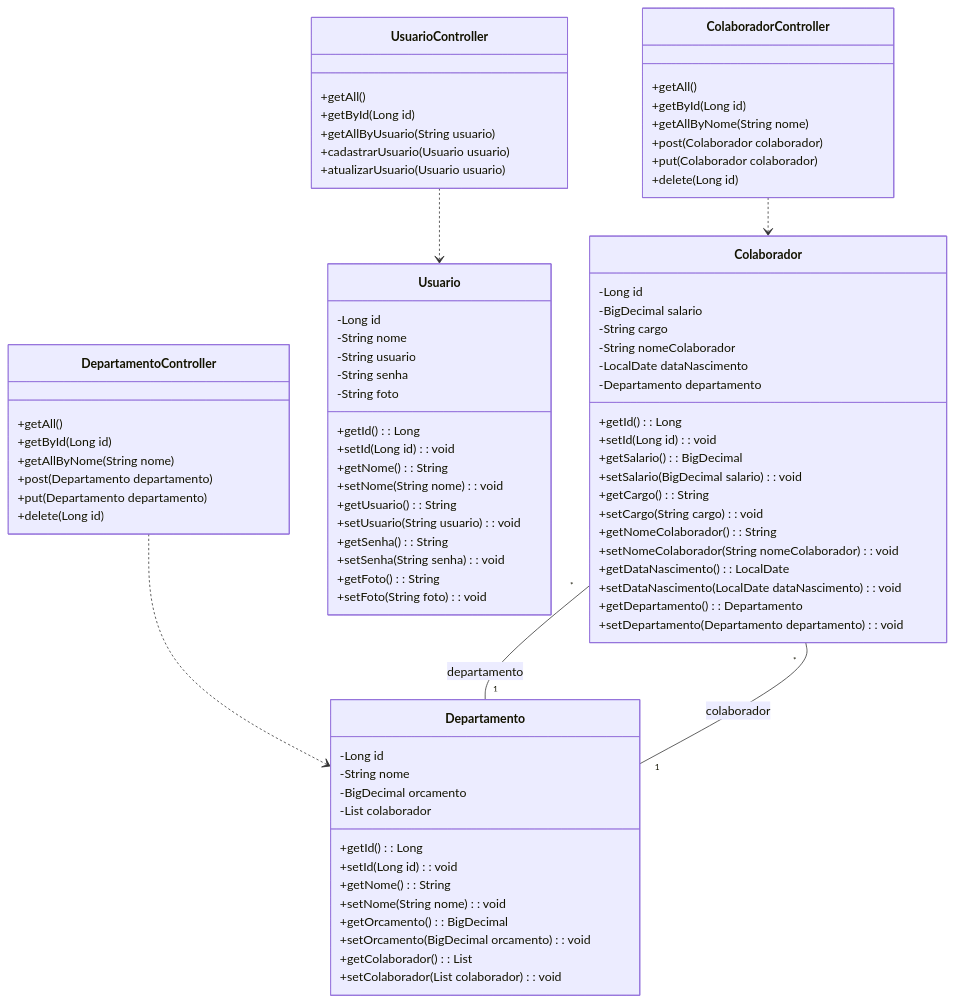
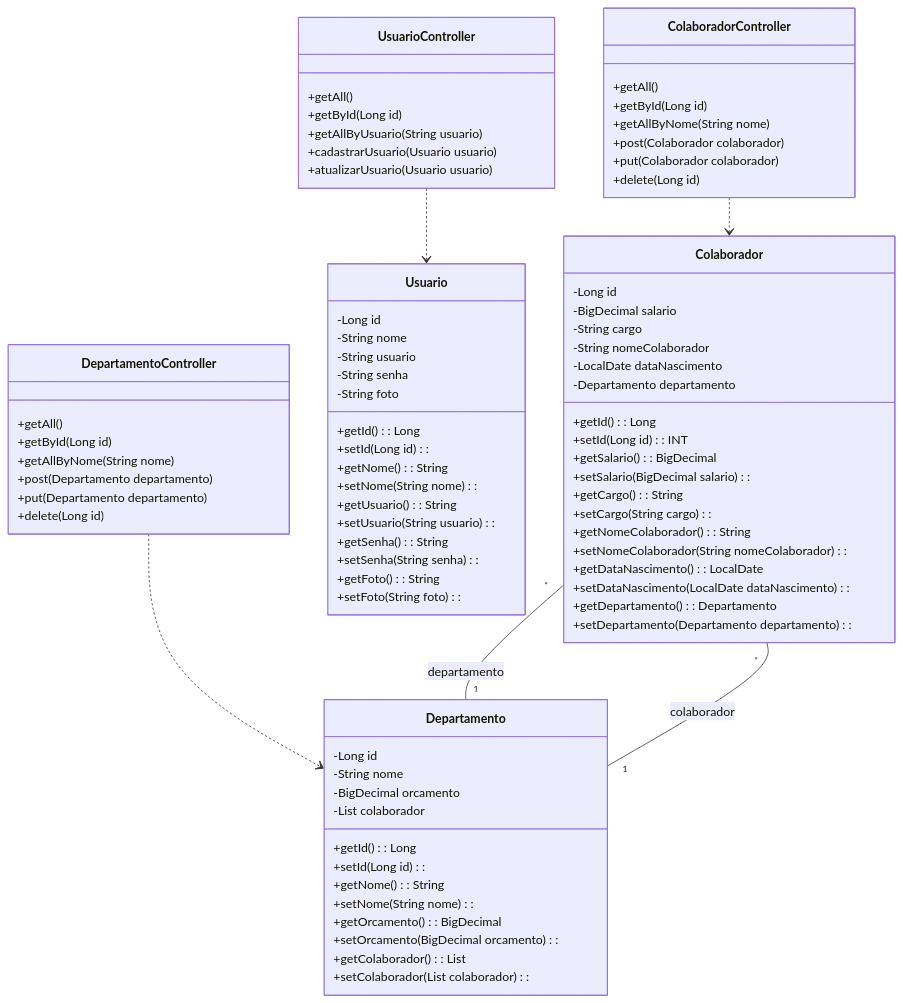
One commit to Wezzlim/helloworld_spring changed the diagram in README.md. Above: the diagram before and after it, drawn with Mermaid.

```diff
--- a/README.md
+++ b/README.md
@@ -45,22 +45,22 @@
     -Departamento departamento  
 
     +getId() : Long  
-    +setId(Long id) : void  
+    +setId(Long id) : INT  
 
     +getSalario() : BigDecimal  
-    +setSalario(BigDecimal salario) : void  
+    +setSalario(BigDecimal salario) :   
 
     +getCargo() : String  
-    +setCargo(String cargo) : void  
+    +setCargo(String cargo) :   
 
     +getNomeColaborador() : String  
-    +setNomeColaborador(String nomeColaborador) : void  
+    +setNomeColaborador(String nomeColaborador) :   
 
     +getDataNascimento() : LocalDate  
-    +setDataNascimento(LocalDate dataNascimento) : void  
+    +setDataNascimento(LocalDate dataNascimento) :   
 
     +getDepartamento() : Departamento  
-    +setDepartamento(Departamento departamento) : void  
+    +setDepartamento(Departamento departamento) :   
     }
 
     class Departamento {
@@ -70,16 +70,16 @@
     -List<Colaborador> colaborador
 
     +getId() : Long
-    +setId(Long id) : void
+    +setId(Long id) : 
 
     +getNome() : String
-    +setNome(String nome) : void
+    +setNome(String nome) : 
 
     +getOrcamento() : BigDecimal
-    +setOrcamento(BigDecimal orcamento) : void
+    +setOrcamento(BigDecimal orcamento) : 
 
     +getColaborador() : List<Colaborador>
-    +setColaborador(List<Colaborador> colaborador) : void
+    +setColaborador(List<Colaborador> colaborador) : 
     }
 
     class Usuario {
@@ -90,19 +90,19 @@
     -String foto
 
     +getId() : Long
-    +setId(Long id) : void
+    +setId(Long id) : 
 
     +getNome() : String
-    +setNome(String nome) : void
+    +setNome(String nome) : 
 
     +getUsuario() : String
-    +setUsuario(String usuario) : void
+    +setUsuario(String usuario) : 
 
     +getSenha() : String
-    +setSenha(String senha) : void
+    +setSenha(String senha) : 
 
     +getFoto() : String
-    +setFoto(String foto) : void
+    +setFoto(String foto) : 
     }
 
     class ColaboradorController {
```
